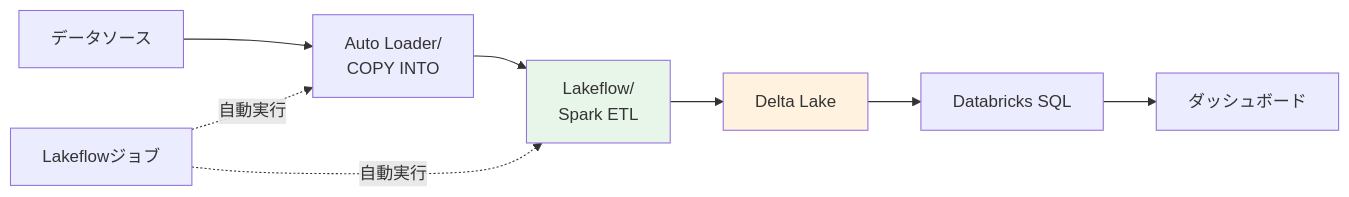
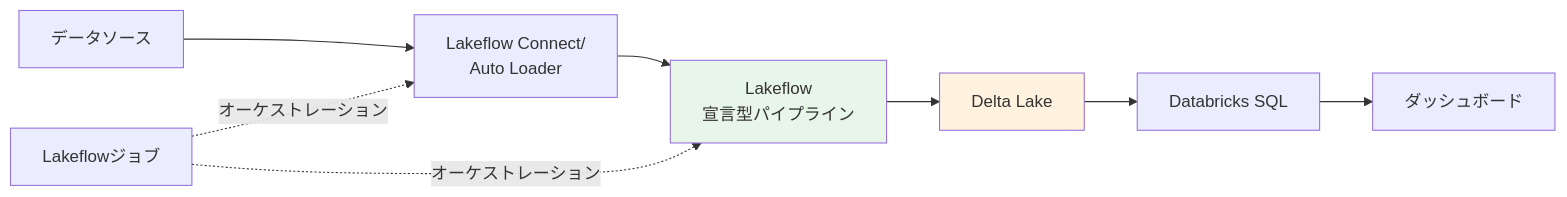
Before and after one commit to taka-yayoi/qiita-articles: the fifth of 13 diagrams in public/databricks-beginner-learning-path.md, drawn with Mermaid. The commit also changed other lines of this file, not shown here.

````diff
--- a/public/databricks-beginner-learning-path.md
+++ b/public/databricks-beginner-learning-path.md
@@ -302,14 +307,14 @@
 ```mermaid
 graph LR
-    A[データソース] --> B[Auto Loader/<br/>COPY INTO]
-    B --> C[Lakeflow/<br/>Spark ETL]
+    A[データソース] --> B[Lakeflow Connect/<br/>Auto Loader]
+    B --> C[Lakeflow<br/>宣言型パイプライン]
     C --> D[Delta Lake]
     D --> E[Databricks SQL]
     E --> F[ダッシュボード]
 
-    G[Lakeflowジョブ] -.自動実行.-> B
-    G -.自動実行.-> C
+    G[Lakeflowジョブ] -.オーケストレーション.-> B
+    G -.オーケストレーション.-> C
 
     style C fill:#e8f5e9
     style D fill:#fff3e0
 ```
````
